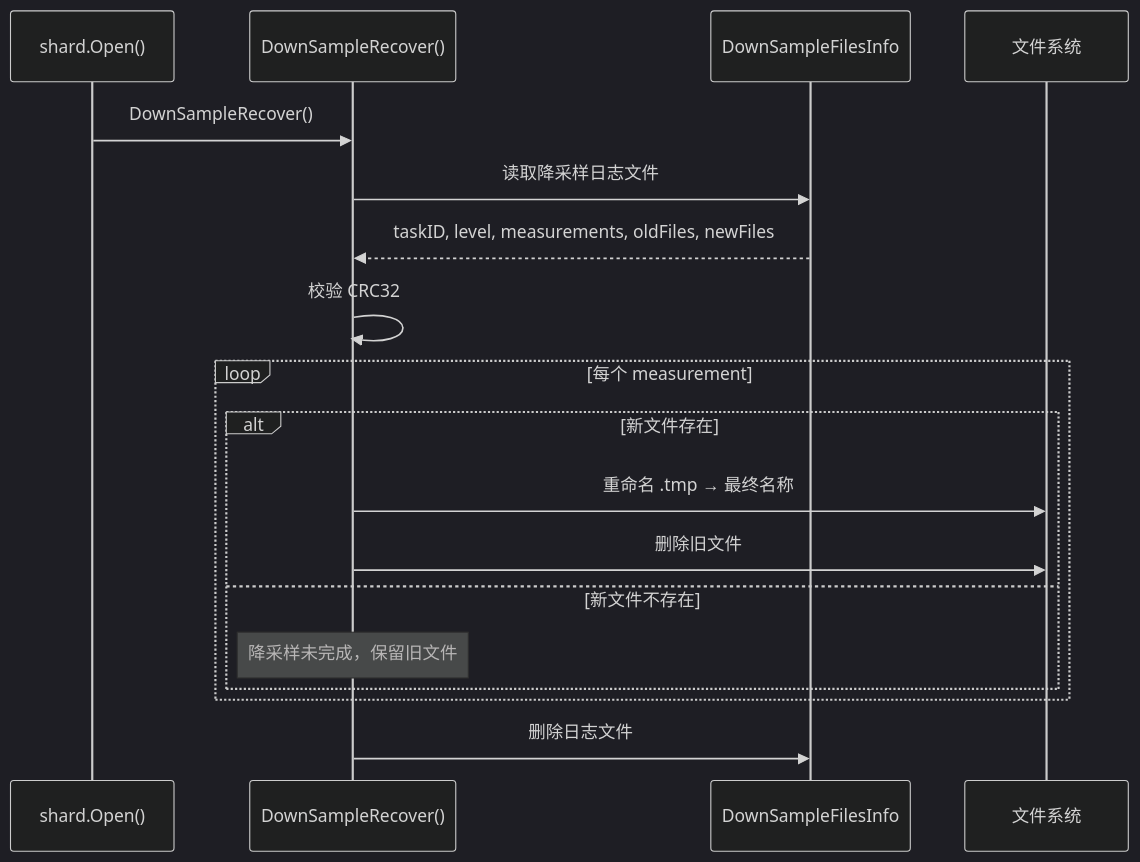
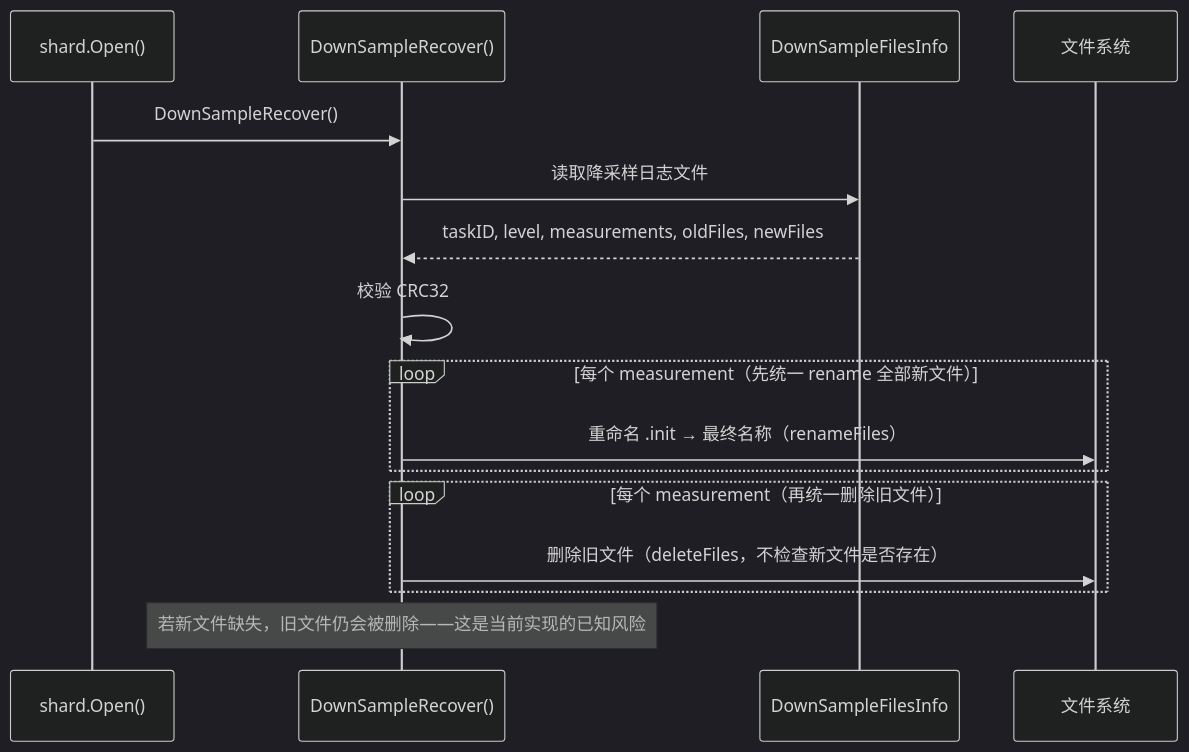
Before and after one commit to stefanv5/openGemini: diagram 17 of 33 in docs/specs/04_background_tasks_spec.md, drawn with Mermaid (dark theme). The commit also changed other lines of this file and 37 other files, not shown here.

````diff
--- a/docs/specs/04_background_tasks_spec.md
+++ b/docs/specs/04_background_tasks_spec.md
@@ -1669,24 +1677,21 @@
 ```mermaid
 sequenceDiagram
     participant Start as shard.Open()
     participant Recover as DownSampleRecover()
     participant Log as DownSampleFilesInfo
     participant FS as 文件系统
 
     Start->>Recover: DownSampleRecover()
     Recover->>Log: 读取降采样日志文件
     Log-->>Recover: taskID, level, measurements, oldFiles, newFiles
 
     Recover->>Recover: 校验 CRC32
 
-    loop 每个 measurement
-        alt 新文件存在
-            Recover->>FS: 重命名 .tmp → 最终名称
-            Recover->>FS: 删除旧文件
-        else 新文件不存在
-            Note over Recover: 降采样未完成，保留旧文件
-        end
+    loop 每个 measurement（先统一 rename 全部新文件）
+        Recover->>FS: 重命名 .init → 最终名称（renameFiles）
     end
-
-    Recover->>Log: 删除日志文件
+    loop 每个 measurement（再统一删除旧文件）
+        Recover->>FS: 删除旧文件（deleteFiles，不检查新文件是否存在）
+    end
+    Note over Recover: 若新文件缺失，旧文件仍会被删除——这是当前实现的已知风险
 ```
````
